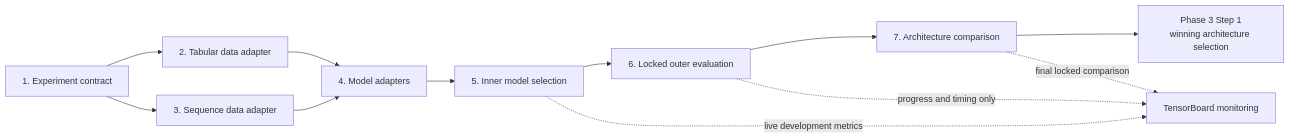
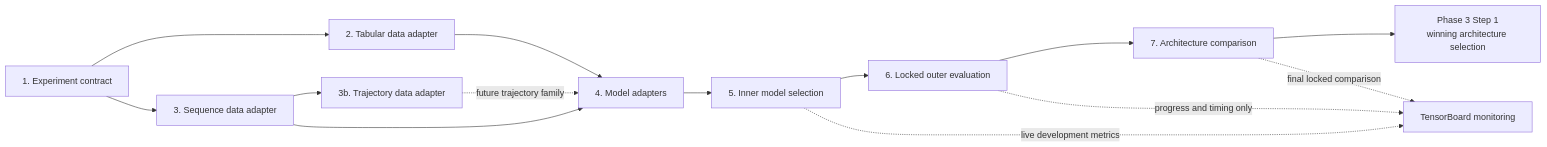
Before and after one commit to JoestHomann/UAV-RUL-Estimation: the fourth of 4 diagrams in literature_and_planning/development_documentation/phase_2_modelArchitectureStudy.md, drawn with Mermaid. The commit also changed other lines of this file and 32 other files, not shown here.

First line of the commit message:
feat: Implement trajectory data adapter and verification

````diff
--- a/literature_and_planning/development_documentation/phase_2_modelArchitectureStudy.md
+++ b/literature_and_planning/development_documentation/phase_2_modelArchitectureStudy.md
@@ -464,14 +498,16 @@
 ```mermaid
 flowchart LR
     S1["1. Experiment contract"] --> S2["2. Tabular data adapter"]
     S1 --> S3["3. Sequence data adapter"]
+    S3 --> S3B["3b. Trajectory data adapter"]
     S2 --> S4["4. Model adapters"]
     S3 --> S4
+    S3B -.->|future trajectory family| S4
     S4 --> S5["5. Inner model selection"]
     S5 --> S6["6. Locked outer evaluation"]
     S6 --> S7["7. Architecture comparison"]
     S7 --> P3["Phase 3 Step 1<br/>winning architecture selection"]
     S5 -.->|live development metrics| TB["TensorBoard monitoring"]
     S6 -.->|progress and timing only| TB
     S7 -.->|final locked comparison| TB
 ```
````
